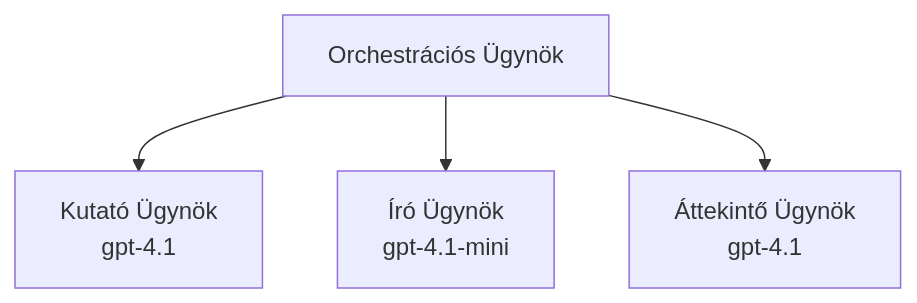
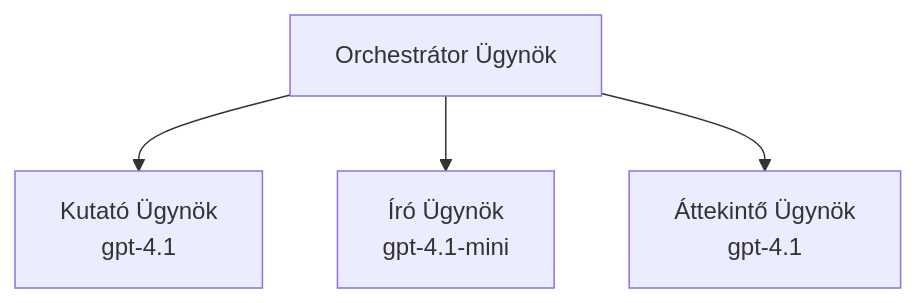
Before and after one commit to microsoft/AZD-for-beginners: the third of 3 diagrams in translations/hu/docs/chapter-02-ai-development/agents.md, drawn with Mermaid. The commit also changed other lines of this file and 101 other files, not shown here.

````diff
--- a/translations/hu/docs/chapter-02-ai-development/agents.md
+++ b/translations/hu/docs/chapter-02-ai-development/agents.md
@@ -189,6 +194,6 @@
 ```mermaid
 graph TD
-    Orchestrator[Orchestrációs Ügynök] --> Research[Kutató Ügynök<br/>gpt-4.1]
+    Orchestrator[Orchestrátor Ügynök] --> Research[Kutató Ügynök<br/>gpt-4.1]
     Orchestrator --> Writer[Író Ügynök<br/>gpt-4.1-mini]
     Orchestrator --> Reviewer[Áttekintő Ügynök<br/>gpt-4.1]
 ```
````
